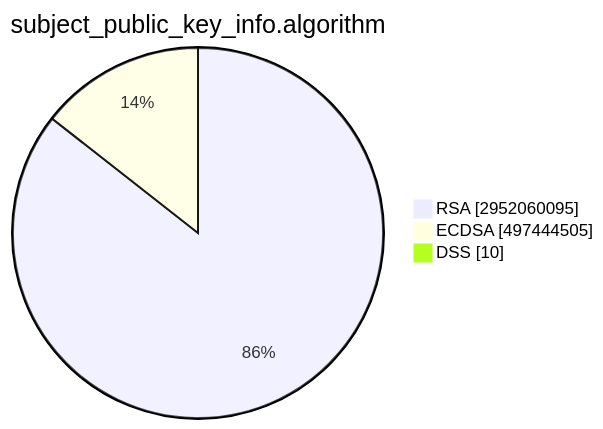
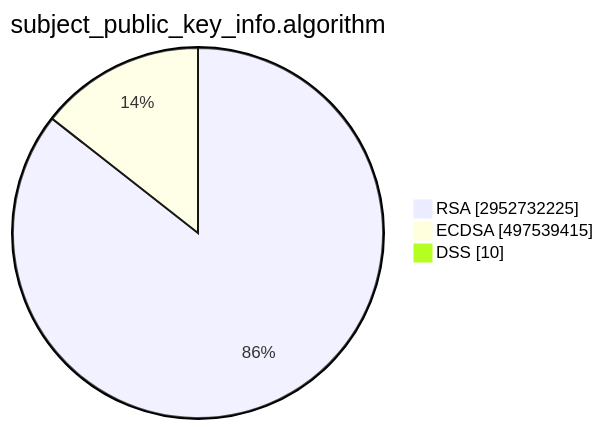
Before and after one commit to christiankrug/ctmonitor_visualization: the second of 15 diagrams in TOTAL/README.md, drawn with Mermaid. The commit also changed other lines of this file, not shown here.

````diff
--- a/TOTAL/README.md
+++ b/TOTAL/README.md
@@ -6,7 +6,7 @@
 ```mermaid
 pie showData
 title subject_public_key_info.algorithm
-"RSA" :2952060095
-"ECDSA" :497444505
+"RSA" :2952732225
+"ECDSA" :497539415
 "DSS" :10
 ```
````
